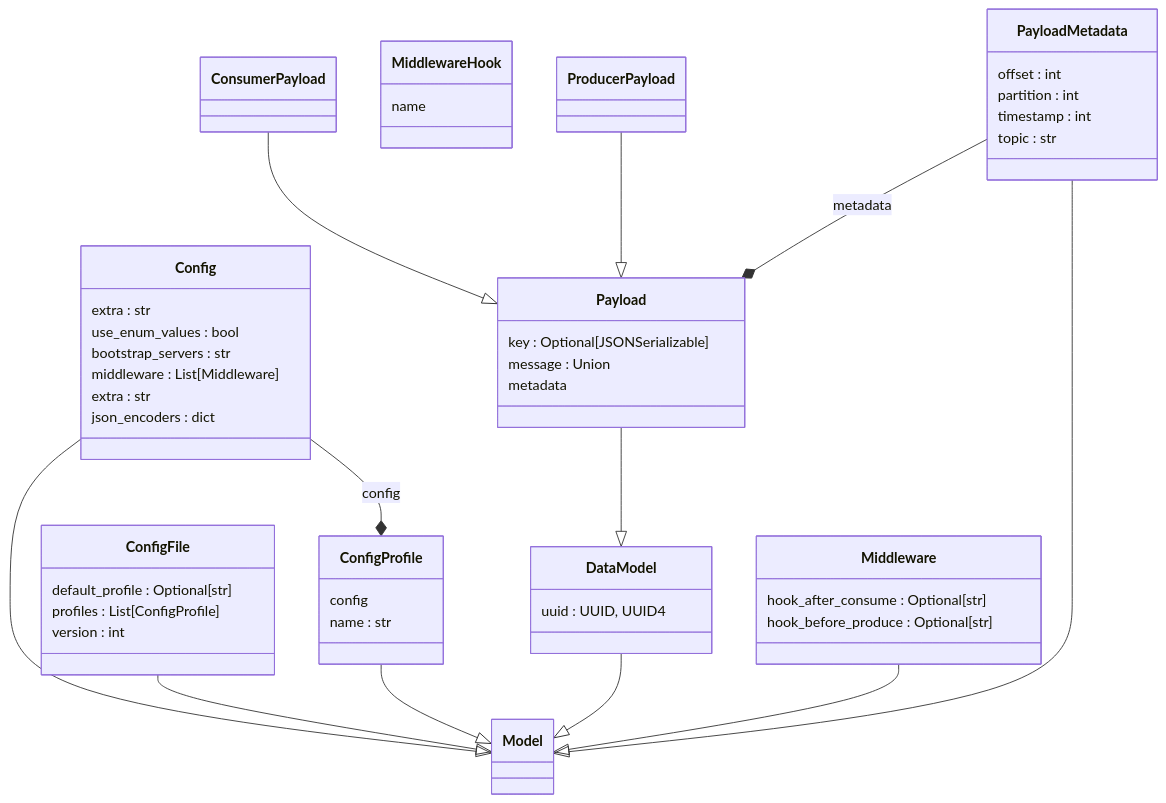
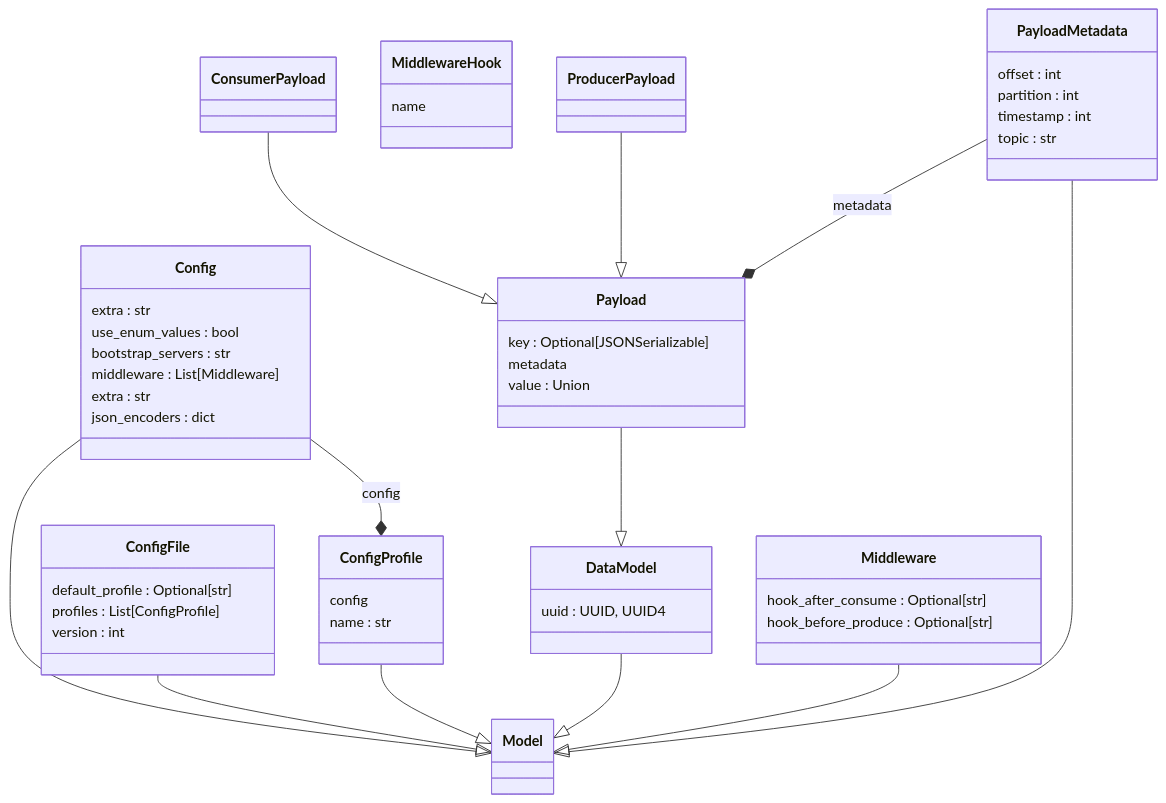
The diagram in docs/diagrams/classes_kafkaescli.domain.mmd (jonykalavera/kafkaescli), drawn with Mermaid before and after one commit. The commit also changed 17 other files, not shown here.

Commit message:
rename message to value

```diff
--- a/docs/diagrams/classes_kafkaescli.domain.mmd
+++ b/docs/diagrams/classes_kafkaescli.domain.mmd
@@ -1,62 +1,62 @@
 classDiagram
   class Config {
     extra : str
     use_enum_values : bool
   }
   class Config {
     bootstrap_servers : str
     middleware : List[Middleware]
   }
   class Config {
     extra : str
   }
   class Config {
     json_encoders : dict
   }
   class ConfigFile {
     default_profile : Optional[str]
     profiles : List[ConfigProfile]
     version : int
   }
   class ConfigProfile {
     config
     name : str
   }
   class ConsumerPayload {
   }
   class DataModel {
     uuid : UUID, UUID4
   }
   class Middleware {
     hook_after_consume : Optional[str]
     hook_before_produce : Optional[str]
   }
   class MiddlewareHook {
     name
   }
   class Model {
   }
   class Payload {
     key : Optional[JSONSerializable]
-    message : Union
     metadata
+    value : Union
   }
   class PayloadMetadata {
     offset : int
     partition : int
     timestamp : int
     topic : str
   }
   class ProducerPayload {
   }
   Config --|> Model
   ConfigFile --|> Model
   ConfigProfile --|> Model
   ConsumerPayload --|> Payload
   DataModel --|> Model
   Middleware --|> Model
   Payload --|> DataModel
   PayloadMetadata --|> Model
   ProducerPayload --|> Payload
   Config --* ConfigProfile : config
   PayloadMetadata --* Payload : metadata
```
